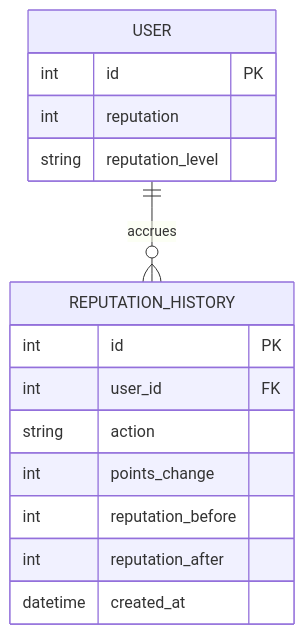
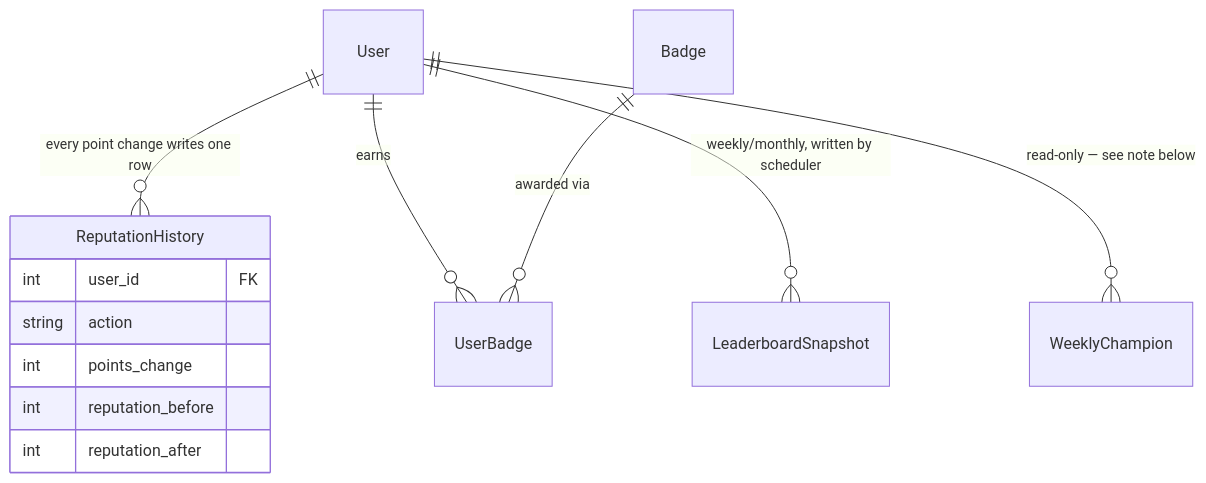
The seventh of 14 diagrams in ARCHITECTURE.md (Devpaul-01/StudyHub), drawn with Mermaid before and after one commit. The commit also changed other lines of this file and 18 other files, not shown here.

````diff
--- a/ARCHITECTURE.md
+++ b/ARCHITECTURE.md
@@ -213,18 +273,16 @@
 ```mermaid
 erDiagram
-    USER ||--o{ REPUTATION_HISTORY : "accrues"
-    USER {
-        int id PK
-        int reputation
-        string reputation_level
-    }
-    REPUTATION_HISTORY {
-        int id PK
+    User ||--o{ ReputationHistory : "every point change writes one row"
+    User ||--o{ UserBadge : earns
+    Badge ||--o{ UserBadge : "awarded via"
+    User ||--o{ LeaderboardSnapshot : "weekly/monthly, written by scheduler"
+    User ||--o{ WeeklyChampion : "read-only — see note below"
+
+    ReputationHistory {
         int user_id FK
         string action
         int points_change
         int reputation_before
         int reputation_after
-        datetime created_at
     }
 ```
````
